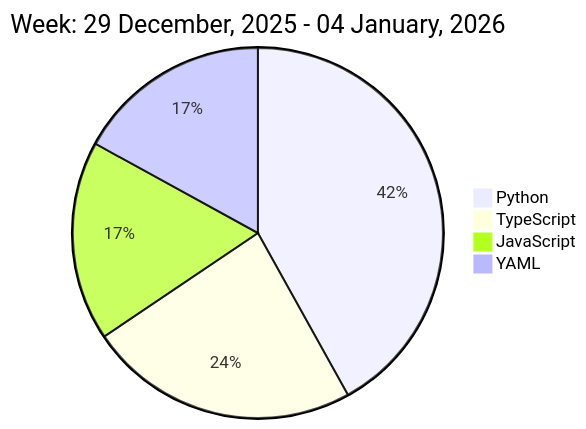
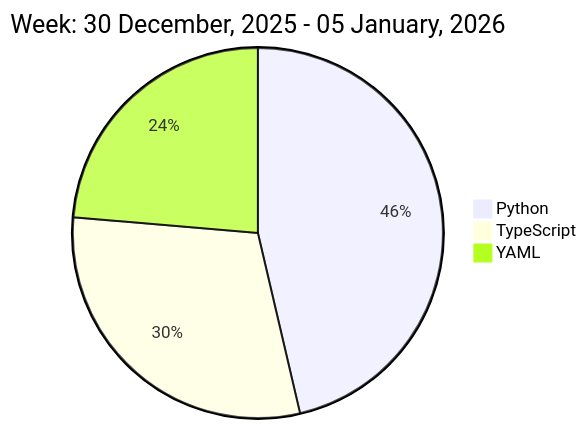
One commit to liubin95/liubin95 changed the diagram in README.md. Above: the diagram before and after it, drawn with Mermaid.

Commit message:
Updated the Graph with new Metrics

````diff
--- a/README.md
+++ b/README.md
@@ -37,8 +37,7 @@
 ```mermaid
  pie
-title Week: 29 December, 2025 - 04 January, 2026
- "Python" : 4.93
- "TypeScript" : 2.78
- "JavaScript" : 2.05
- "YAML" : 2.0
+title Week: 30 December, 2025 - 05 January, 2026
+ "Python" : 4.37
+ "TypeScript" : 2.83
+ "YAML" : 2.23
 ```
````
